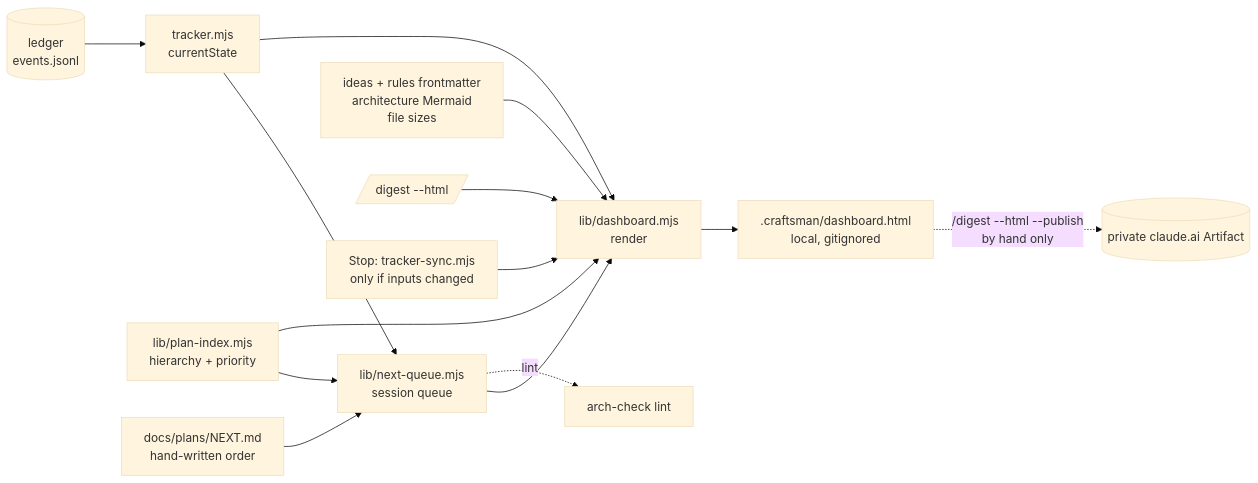
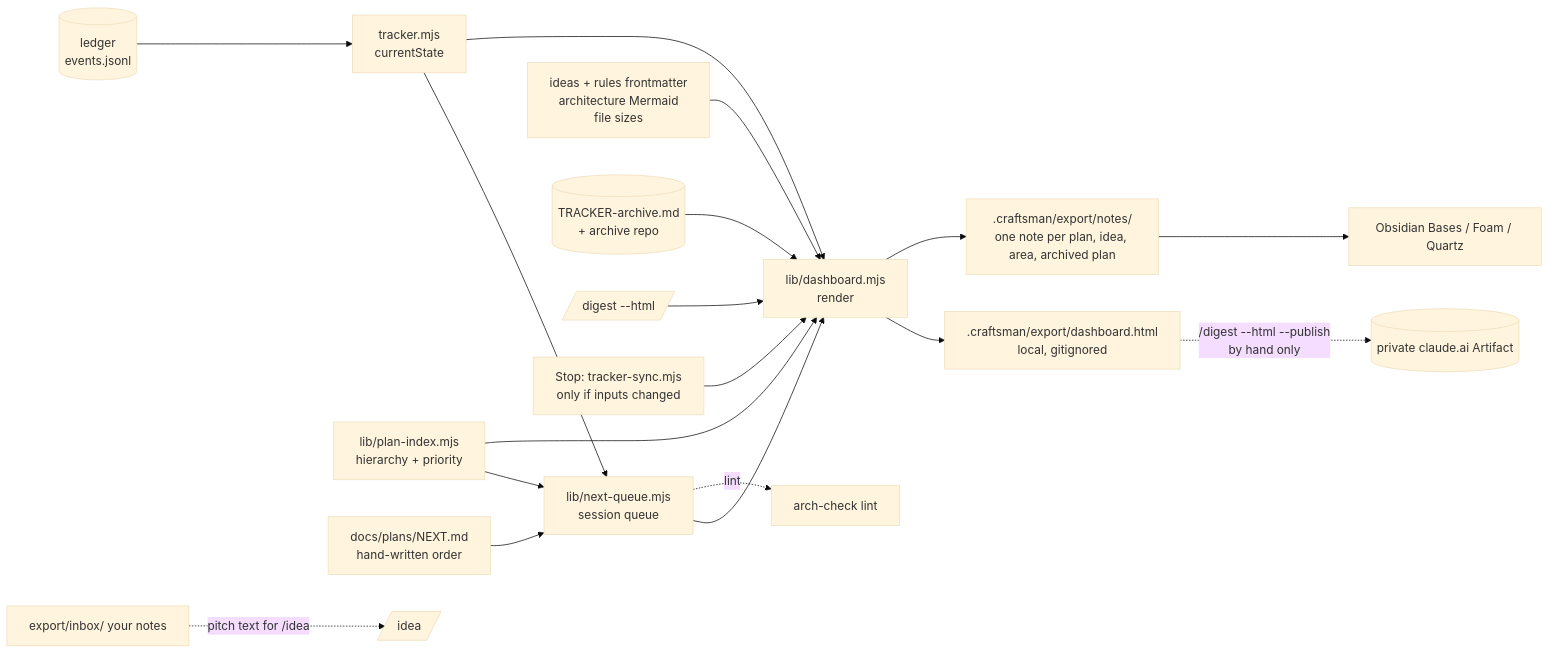
One commit to plantgreytrees/craftsman changed the diagram in docs/architecture/views.md. Above: the diagram before and after it, drawn with Mermaid (base theme). The commit also changed other lines of this file and 7 other files, not shown here.

Commit message:
docs(arch): add notes export for other tools and workspace archive repo; amend ARCH-DOCS-02/04

````diff
--- a/docs/architecture/views.md
+++ b/docs/architecture/views.md
@@ -14,16 +19,20 @@
 ```mermaid
 flowchart LR
   L[(ledger<br/>events.jsonl)] --> CS[tracker.mjs<br/>currentState]
   PI[lib/plan-index.mjs<br/>hierarchy + priority] --> Q
   N[docs/plans/NEXT.md<br/>hand-written order] --> Q[lib/next-queue.mjs<br/>session queue]
   CS --> Q
   CS --> D[lib/dashboard.mjs<br/>render]
   Q --> D
   PI --> D
   FM[ideas + rules frontmatter<br/>architecture Mermaid<br/>file sizes] --> D
-  D --> H[.craftsman/dashboard.html<br/>local, gitignored]
+  D --> H[.craftsman/export/dashboard.html<br/>local, gitignored]
+  D --> NT[.craftsman/export/notes/<br/>one note per plan, idea, area, archived plan]
+  NT --> OB[Obsidian Bases / Foam / Quartz]
+  IB[export/inbox/ your notes] -. pitch text for /idea .-> ID[/idea/]
+  AR[(TRACKER-archive.md<br/>+ archive repo)] --> D
   DG[/digest --html/] --> D
   TS[Stop: tracker-sync.mjs<br/>only if inputs changed] --> D
   H -. /digest --html --publish<br/>by hand only .-> A[(private claude.ai Artifact)]
   Q -. lint .-> AC[arch-check lint]
 ```
````
